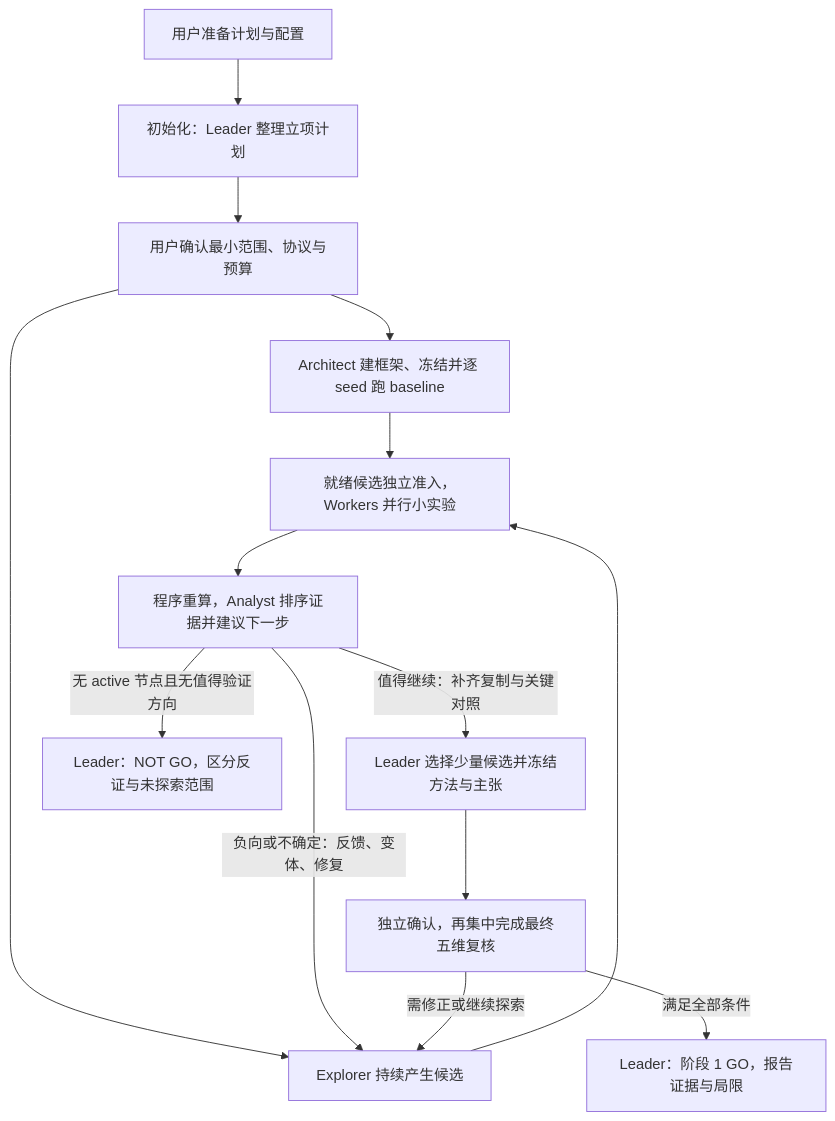
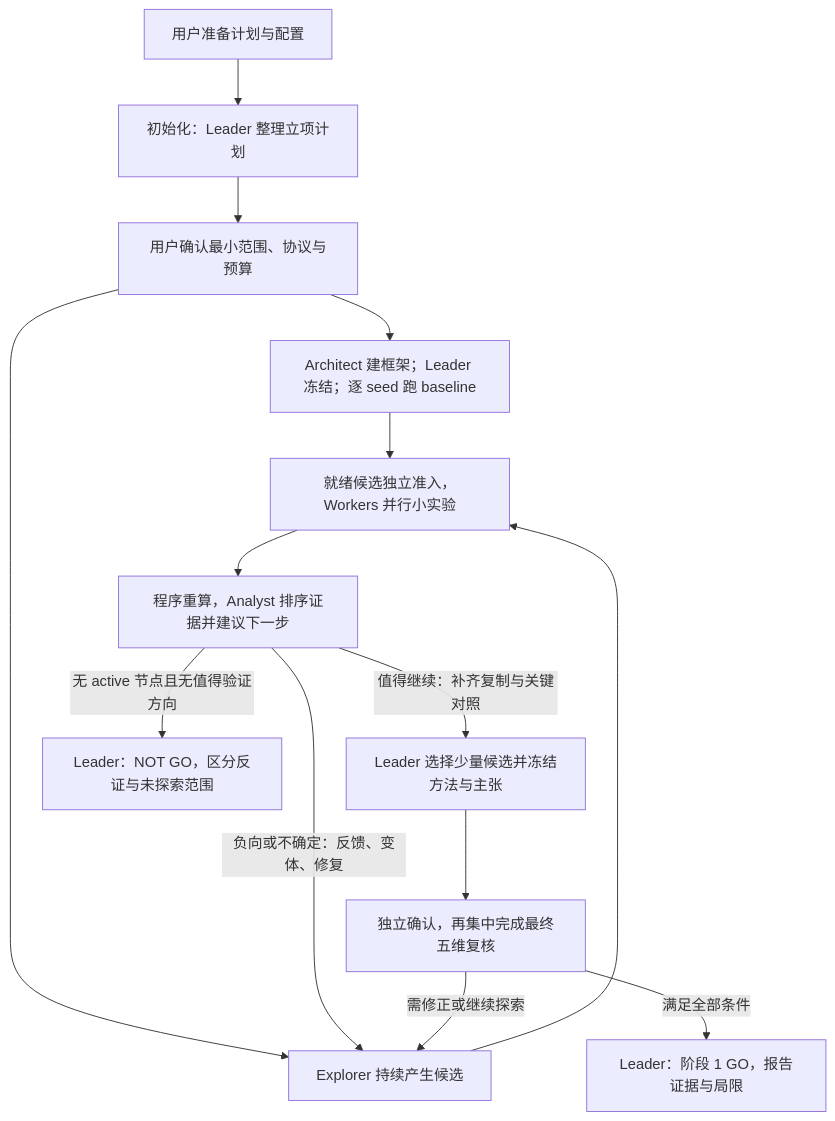
The diagram in README.md (UnbearableFate/research-tree), drawn with Mermaid before and after one commit. The commit also changed other lines of this file and 119 other files, not shown here.

````diff
--- a/README.md
+++ b/README.md
@@ -139,16 +141,16 @@
 ```mermaid
 flowchart TD
     A["用户准备计划与配置"] --> B["初始化：Leader 整理立项计划"]
     B --> C["用户确认最小范围、协议与预算"]
-    C --> D["Architect 建框架、冻结并逐 seed 跑 baseline"]
+    C --> D["Architect 建框架；Leader 冻结；逐 seed 跑 baseline"]
     C --> X["Explorer 持续产生候选"]
     D --> F["就绪候选独立准入，Workers 并行小实验"]
     X --> F
     F --> G["程序重算，Analyst 排序证据并建议下一步"]
     G -->|"负向或不确定：反馈、变体、修复"| X
     G -->|"值得继续：补齐复制与关键对照"| H["Leader 选择少量候选并冻结方法与主张"]
     H --> K["独立确认，再集中完成最终五维复核"]
     K -->|"满足全部条件"| I["Leader：阶段 1 GO，报告证据与局限"]
     K -->|"需修正或继续探索"| X
     G -->|"无 active 节点且无值得验证方向"| J["Leader：NOT GO，区分反证与未探索范围"]
 ```
````
